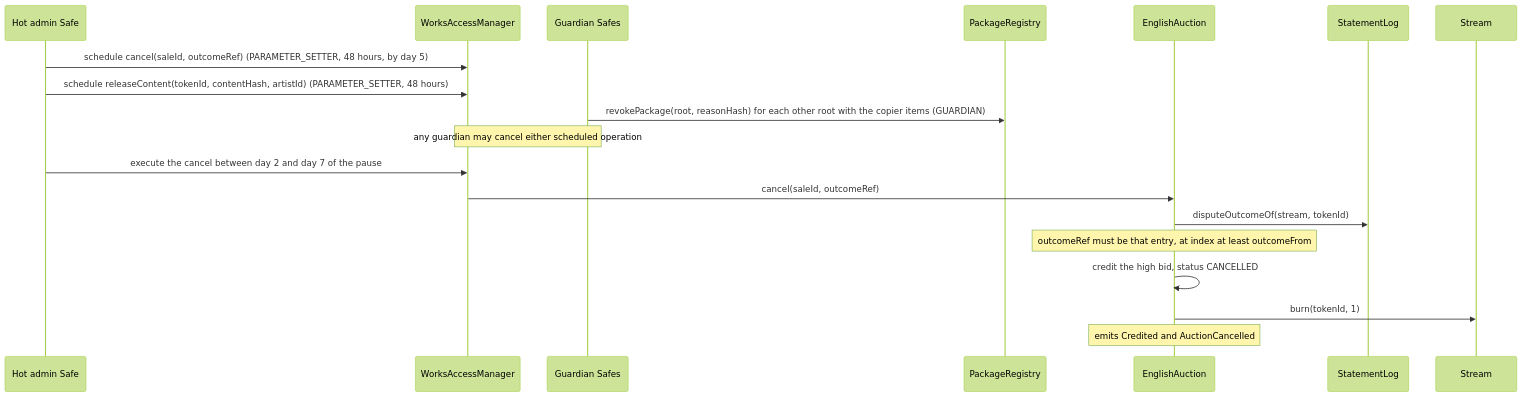
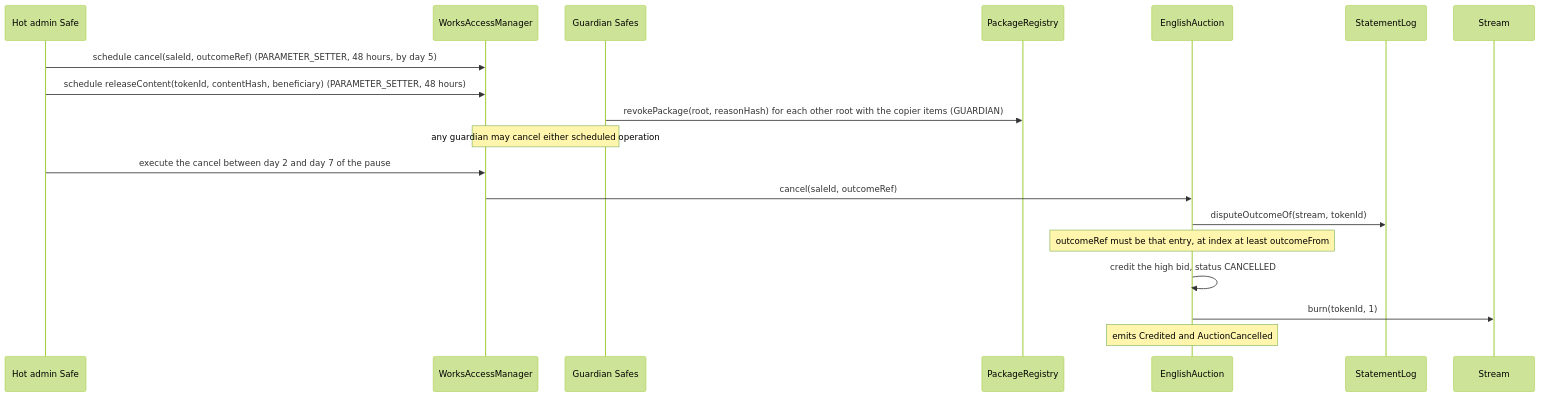
One commit to 6529-Collections/6529-works changed the fourth of 9 diagrams in docs/spec/disputes-and-statements.md. Above: the diagram before and after it, drawn with Mermaid (forest theme). The commit also changed other lines of this file and 36 other files, not shown here.

````diff
--- a/docs/spec/disputes-and-statements.md
+++ b/docs/spec/disputes-and-statements.md
@@ -400,21 +252,21 @@
 ```mermaid
 sequenceDiagram
     participant S as Hot admin Safe
     participant M as WorksAccessManager
     participant G as Guardian Safes
     participant R as PackageRegistry
     participant A as EnglishAuction
     participant L as StatementLog
     participant T as Stream
     S->>M: schedule cancel(saleId, outcomeRef) (PARAMETER_SETTER, 48 hours, by day 5)
-    S->>M: schedule releaseContent(tokenId, contentHash, artistId) (PARAMETER_SETTER, 48 hours)
+    S->>M: schedule releaseContent(tokenId, contentHash, beneficiary) (PARAMETER_SETTER, 48 hours)
     G->>R: revokePackage(root, reasonHash) for each other root with the copier items (GUARDIAN)
     Note over G,M: any guardian may cancel either scheduled operation
     S->>M: execute the cancel between day 2 and day 7 of the pause
     M->>A: cancel(saleId, outcomeRef)
     A->>L: disputeOutcomeOf(stream, tokenId)
     Note over A: outcomeRef must be that entry, at index at least outcomeFrom
     A->>A: credit the high bid, status CANCELLED
     A->>T: burn(tokenId, 1)
     Note over A: emits Credited and AuctionCancelled
 ```
````
